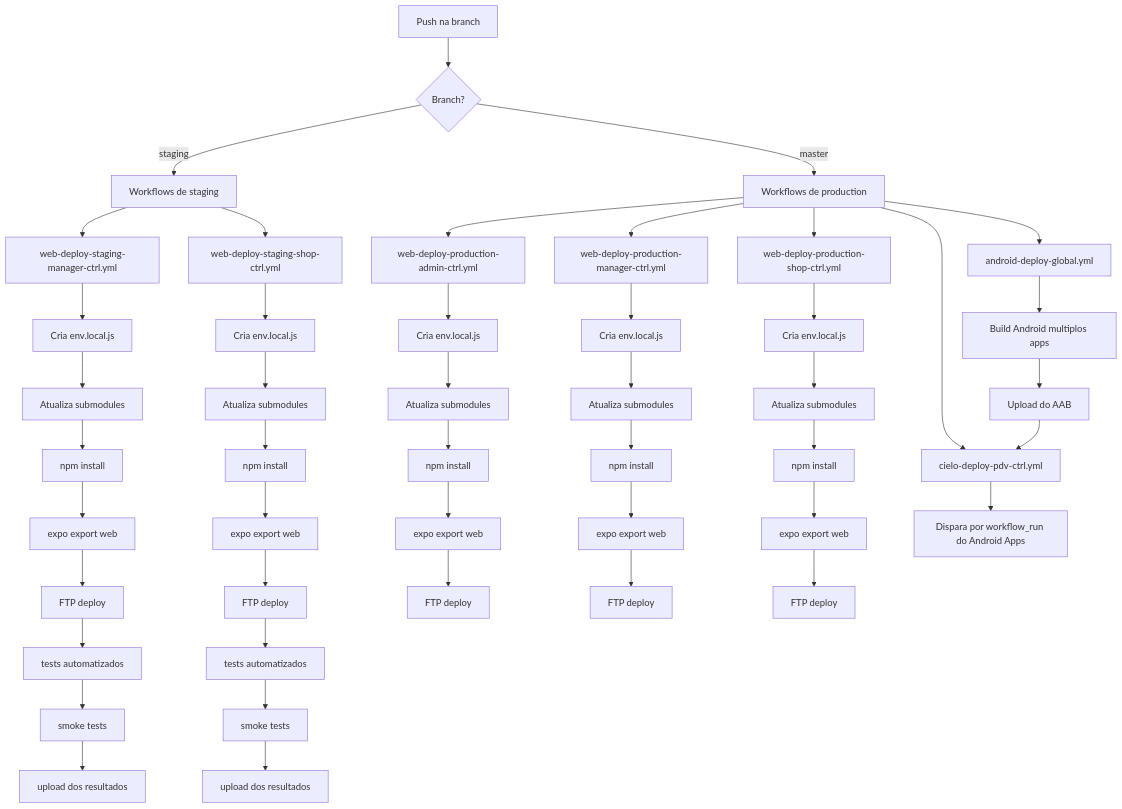
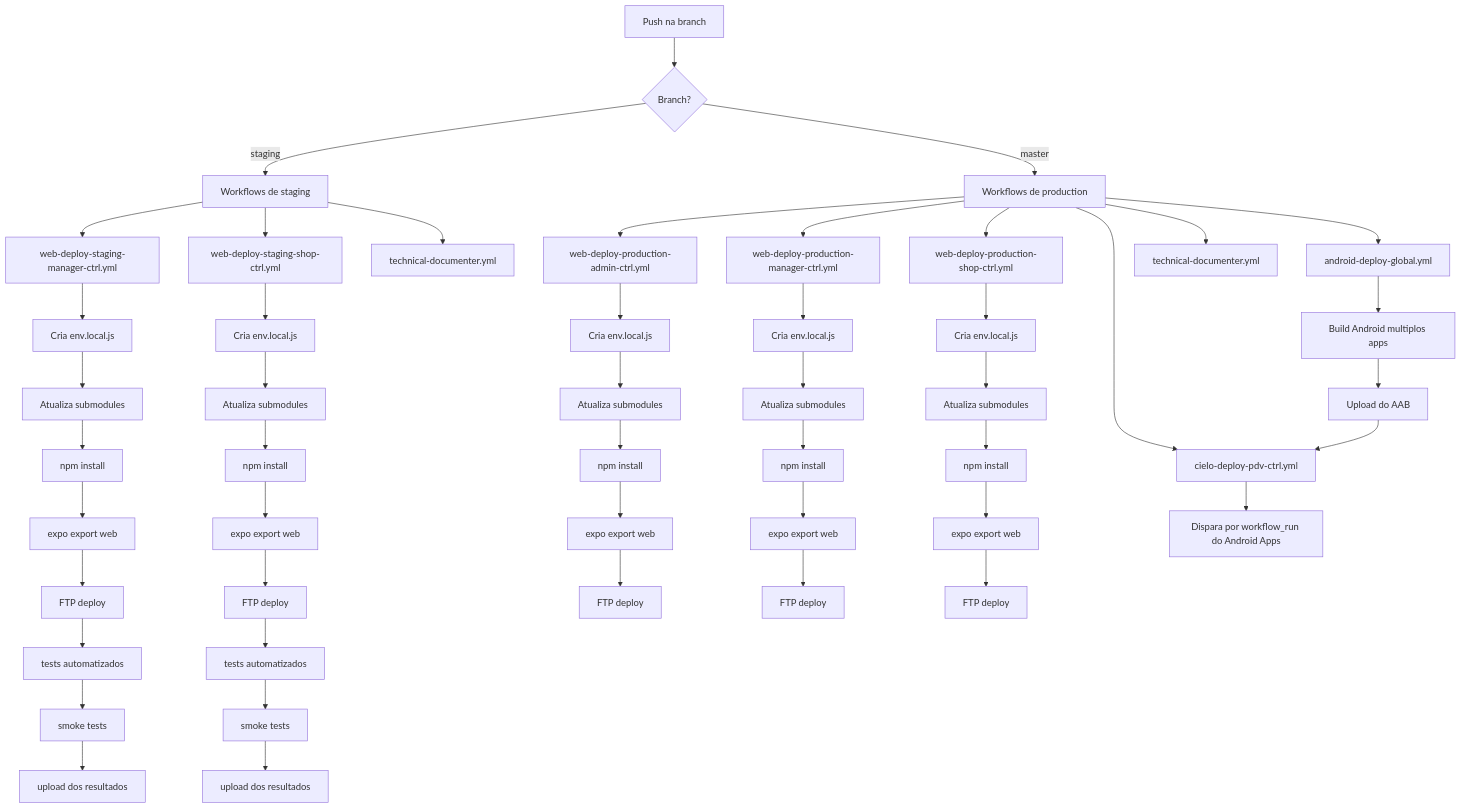
One commit to ControleOnline/app-community changed the diagram in docs/pushtrigger.md. Above: the diagram before and after it, drawn with Mermaid. The commit also changed other lines of this file and 2 other files, not shown here.

Commit message:
docs: document technical-documenter workflow (master/staging push)
- Add versioned contract docs/technical/github-actions/technical-documenter-workflow.md
- Extend docs/pushtrigger.md with technical-documenter.yml on staging and master
- Bridge AGENTS.md navigation to the workflow doc

Implements documentation requested by PR #387 / issue #386.

````diff
--- a/docs/pushtrigger.md
+++ b/docs/pushtrigger.md
@@ -5,60 +5,62 @@
 ```mermaid
 flowchart TD
   A[Push na branch] --> B{Branch?}
 
   B -->|staging| S[Workflows de staging]
   B -->|master| M[Workflows de production]
 
   %% STAGING
   S --> S2[web-deploy-staging-manager-ctrl.yml]
   S --> S3[web-deploy-staging-shop-ctrl.yml]
+  S --> S4[technical-documenter.yml]
 
   S2 --> S2a[Cria env.local.js]
   S2a --> S2b[Atualiza submodules]
   S2b --> S2c[npm install]
   S2c --> S2d[expo export web]
   S2d --> S2e[FTP deploy]
   S2e --> S2f[tests automatizados]
   S2f --> S2g[smoke tests]
   S2g --> S2h[upload dos resultados]
 
   S3 --> S3a[Cria env.local.js]
   S3a --> S3b[Atualiza submodules]
   S3b --> S3c[npm install]
   S3c --> S3d[expo export web]
   S3d --> S3e[FTP deploy]
   S3e --> S3f[tests automatizados]
   S3f --> S3g[smoke tests]
   S3g --> S3h[upload dos resultados]
 
   %% MASTER
   M --> M1[web-deploy-production-admin-ctrl.yml]
   M --> M2[web-deploy-production-manager-ctrl.yml]
   M --> M3[web-deploy-production-shop-ctrl.yml]
   M --> M4[android-deploy-global.yml]
   M --> M5[cielo-deploy-pdv-ctrl.yml]
+  M --> M6[technical-documenter.yml]
 
   M1 --> M1a[Cria env.local.js]
   M1a --> M1b[Atualiza submodules]
   M1b --> M1c[npm install]
   M1c --> M1d[expo export web]
   M1d --> M1e[FTP deploy]
 
   M2 --> M2a[Cria env.local.js]
   M2a --> M2b[Atualiza submodules]
   M2b --> M2c[npm install]
   M2c --> M2d[expo export web]
   M2d --> M2e[FTP deploy]
 
   M3 --> M3a[Cria env.local.js]
   M3a --> M3b[Atualiza submodules]
   M3b --> M3c[npm install]
   M3c --> M3d[expo export web]
   M3d --> M3e[FTP deploy]
 
   M4 --> M4a[Build Android multiplos apps]
   M4a --> M4b[Upload do AAB]
   M4b --> M5
 
   M5 --> M5a[Dispara por workflow_run do Android Apps]
 ```
````
